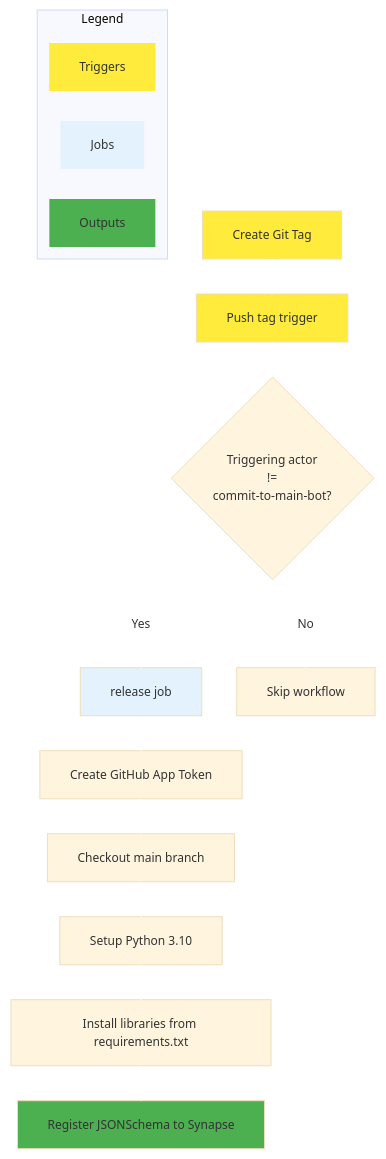
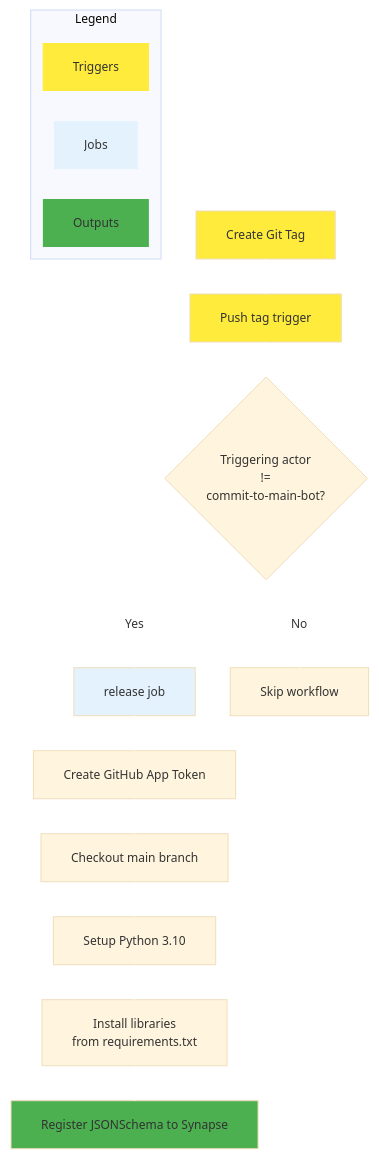
One commit to adknowledgeportal/data-models changed the second of 2 diagrams in .github/workflows/README.md. Above: the diagram before and after it, drawn with Mermaid.

Commit message:
update spacing

````diff
--- a/.github/workflows/README.md
+++ b/.github/workflows/README.md
@@ -133,30 +133,30 @@
 ```mermaid
 %%{init: {"flowchart": {"defaultRenderer": "elk"}, "theme": "base", "themeVariables": {"fontSize": "12px", "lineColor": "#ffffff", "edgeLabelBackground": "#ffffff"}}}%%
     flowchart TD
     A[Create Git Tag] --> B[Push tag trigger]
     
     B --> C{Triggering actor<br>!=<br>commit-to-main-bot?}
     C -->|Yes| D[release job]
     C -->|No| Z[Skip workflow]
     
     D --> D1[Create GitHub App Token]
     D1 --> D2[Checkout main branch]
     D2 --> D3[Setup Python 3.10]
-    D3 --> D4[Install libraries from requirements.txt]
+    D3 --> D4[Install libraries<br>from requirements.txt]
     D4 --> D5[Register JSONSchema to Synapse]
     subgraph Legend
         direction TB
         triggers[Triggers]
         jobs[Jobs]
         outputs[Outputs]
         triggers ~~~ jobs ~~~ outputs
         style triggers fill:#ffeb3b,stroke-width:0px
         style jobs fill:#e3f2fd,stroke-width:0px
         style outputs fill:#4caf50,stroke-width:0px
     end
     
     style A fill:#ffeb3b
     style B fill:#ffeb3b
     style D fill:#e3f2fd
     style D5 fill:#4caf50
 ```
````
